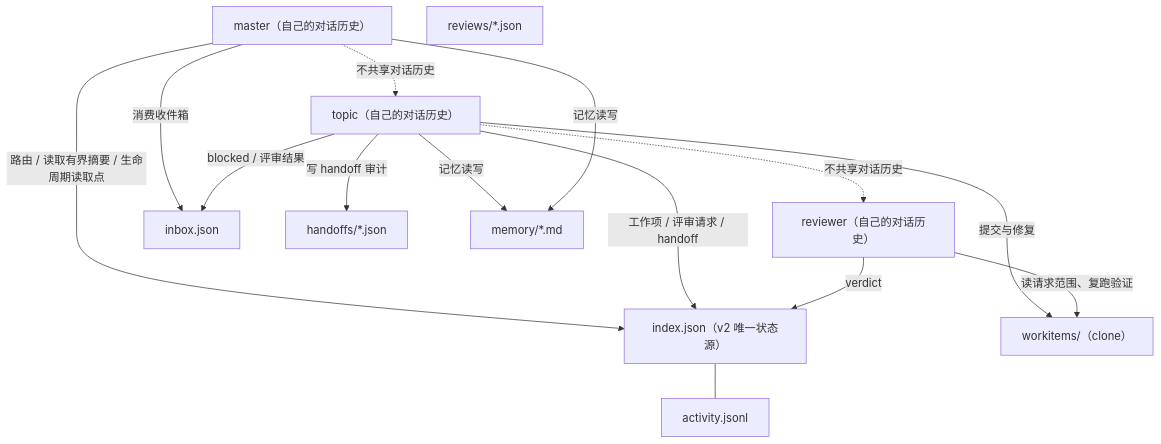
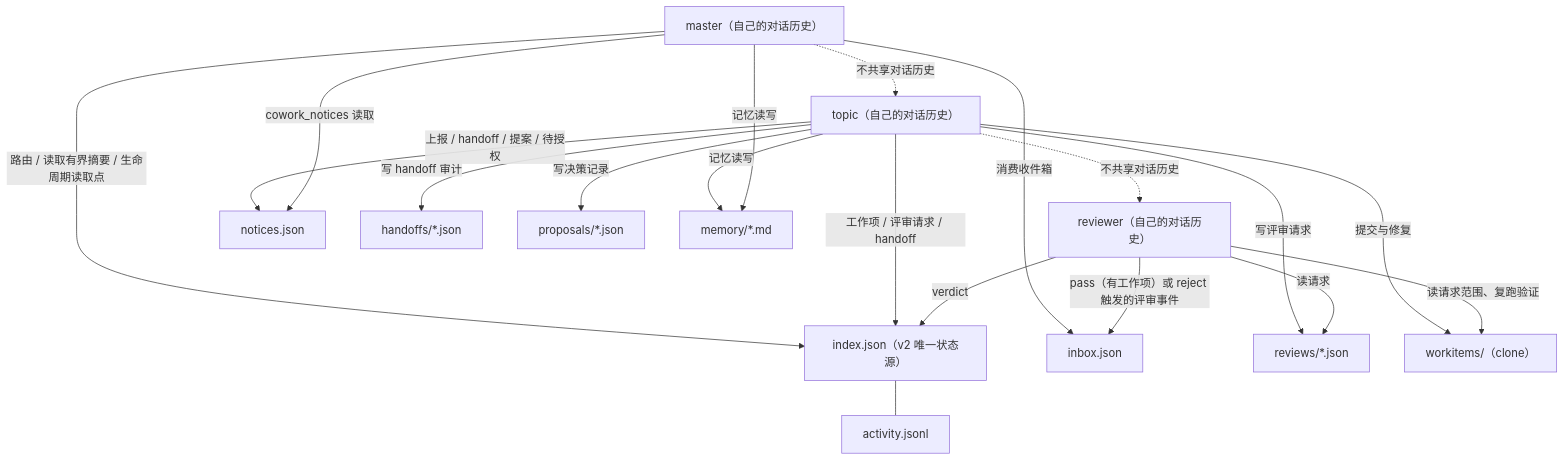
One commit to leigangzhang/dsh-cowork changed the first of 2 diagrams in docs/context.md. Above: the diagram before and after it, drawn with Mermaid. The commit also changed other lines of this file and 4 other files, not shown here.

````diff
--- a/docs/context.md
+++ b/docs/context.md
@@ -20,27 +22,34 @@
 ```mermaid
 flowchart TD
   M["master（自己的对话历史）"]
   T["topic（自己的对话历史）"]
   R["reviewer（自己的对话历史）"]
   I["index.json（v2 唯一状态源）"]
   A["activity.jsonl"]
   B["inbox.json"]
+  N["notices.json"]
   H["handoffs/*.json"]
+  P["proposals/*.json"]
   V["reviews/*.json"]
   W["workitems/<id>（clone）"]
   MEM["memory/*.md"]
 
   M -->|"路由 / 读取有界摘要 / 生命周期读取点"| I
   T -->|"工作项 / 评审请求 / handoff"| I
   R -->|"verdict"| I
   M -->|"消费收件箱"| B
-  T -->|"blocked / 评审结果"| B
+  R -->|"pass（有工作项）或 reject 触发的评审事件"| B
   T -->|"写 handoff 审计"| H
+  T -->|"写决策记录"| P
+  T -->|"写评审请求"| V
+  R -->|"读请求"| V
+  T -->|"上报 / handoff / 提案 / 待授权"| N
+  M -->|"cowork_notices 读取"| N
   T -->|"提交与修复"| W
   R -->|"读请求范围、复跑验证"| W
   T -->|"记忆读写"| MEM
   M -->|"记忆读写"| MEM
   I --- A
   M -.->|"不共享对话历史"| T
   T -.->|"不共享对话历史"| R
 ```
````
